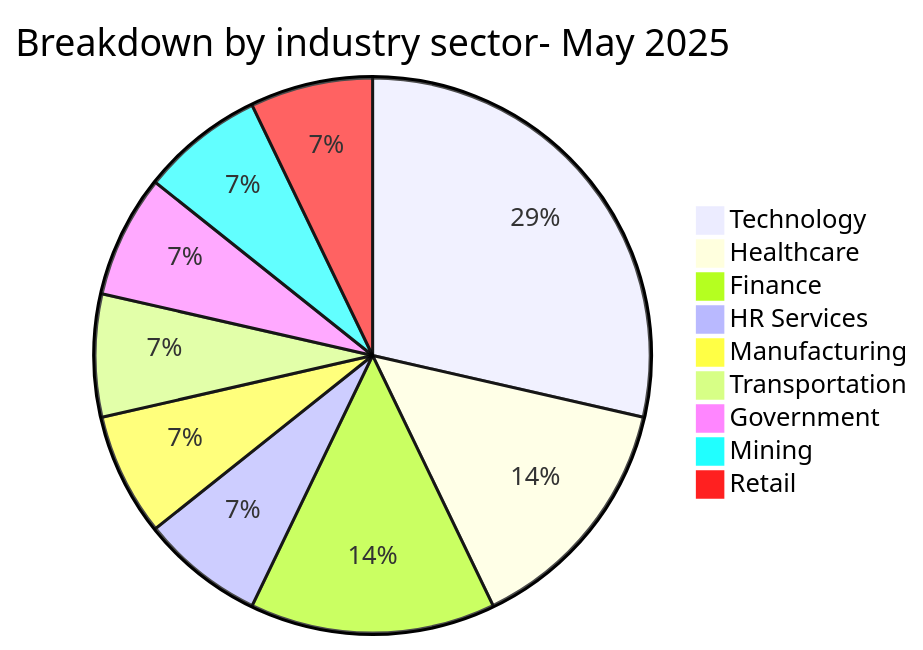
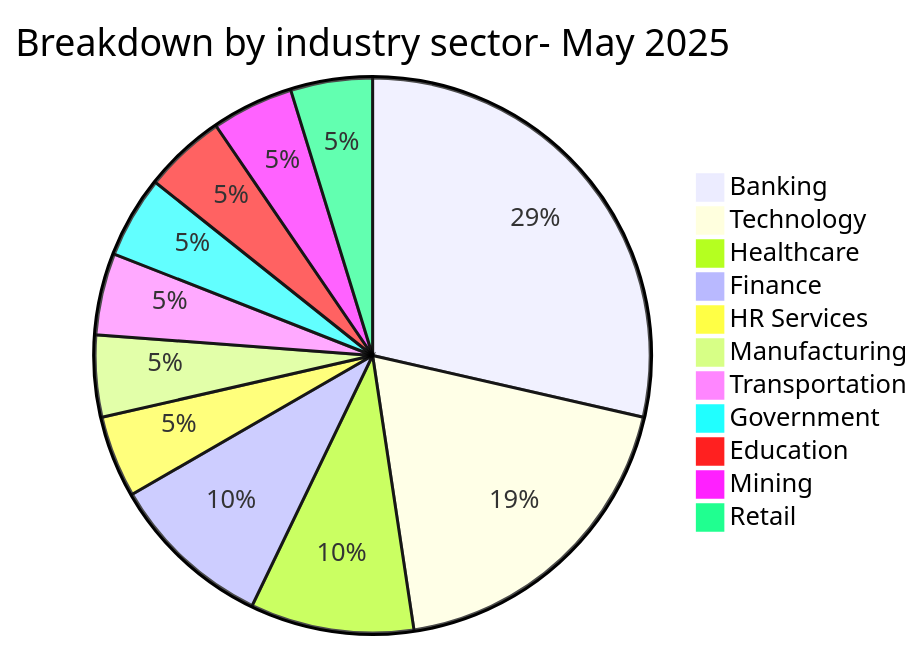
The second of 4 diagrams in CyberAttackAfrica/2025/05-may/README.md (Hatchepsoute/AFRINTEL), drawn with Mermaid before and after one commit. The commit also changed other lines of this file and 255 other files, not shown here.

````diff
--- a/CyberAttackAfrica/2025/05-may/README.md
+++ b/CyberAttackAfrica/2025/05-may/README.md
@@ -59,12 +65,14 @@
 ```mermaid
 pie title Breakdown by industry sector- May 2025
+    "Banking" : 6
     "Technology" : 4
     "Healthcare" : 2
     "Finance" : 2
     "HR Services" : 1
     "Manufacturing" : 1
     "Transportation" : 1
     "Government" : 1
+    "Education" : 1
     "Mining" : 1
     "Retail" : 1
 ```
````
